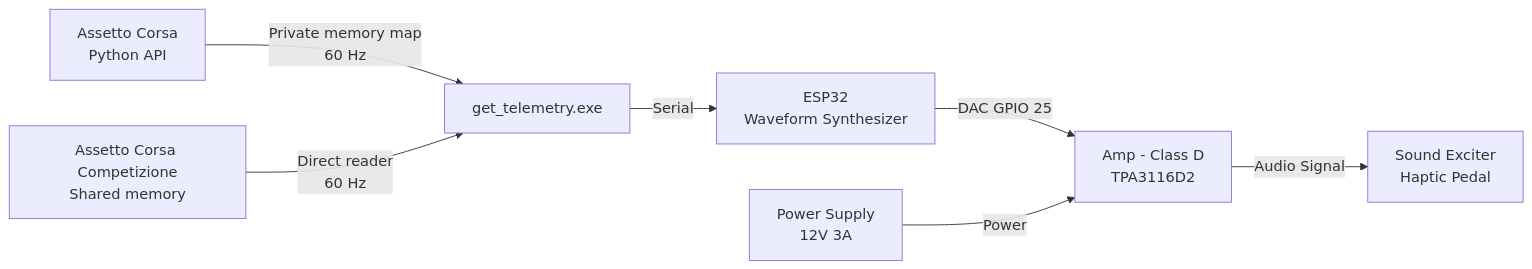
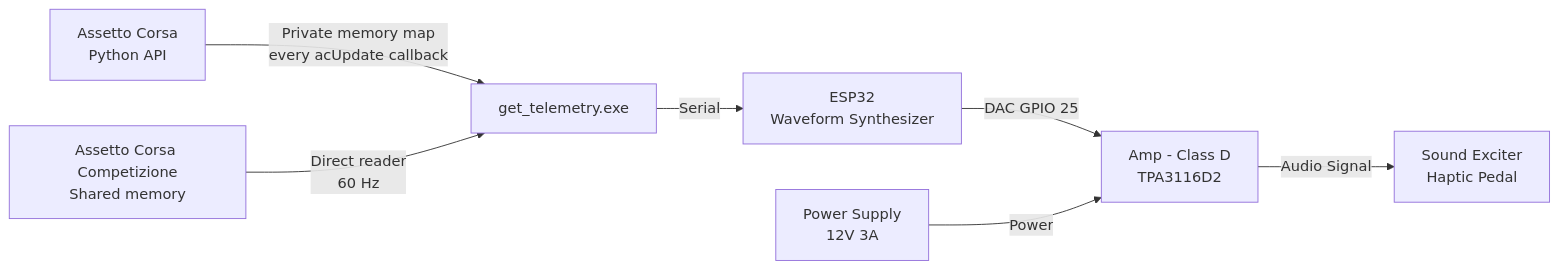
The first of 3 diagrams in README.md (tminh-U/DIY-Haptic-Motor-for-Pedals), drawn with Mermaid before and after one commit. The commit also changed other lines of this file and 4 other files, not shown here.

Commit message:
Unlocking Assetto Corsa Python app refresh rate limit

````diff
--- a/README.md
+++ b/README.md
@@ -28,9 +28,9 @@
 ```mermaid
 flowchart LR
-    A["Assetto Corsa<br/>Python API"] -->|"Private memory map<br/>60 Hz"| B["get_telemetry.exe"]
+    A["Assetto Corsa<br/>Python API"] -->|"Private memory map<br/>every acUpdate callback"| B["get_telemetry.exe"]
     G["Assetto Corsa Competizione<br/>Shared memory"] -->|"Direct reader<br/>60 Hz"| B
     B -->|Serial| C["ESP32<br/>Waveform Synthesizer"]
     C -->|DAC GPIO 25| D["Amp - Class D<br/>TPA3116D2"]
     D -->|Audio Signal| E["Sound Exciter<br/>Haptic Pedal"]
     F["Power Supply<br/>12V 3A"] -->|Power| D
 ```
````
